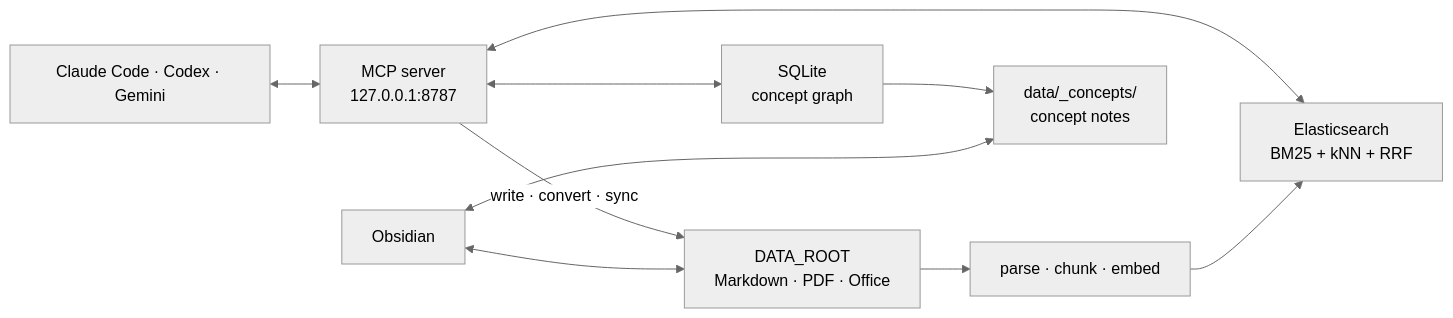
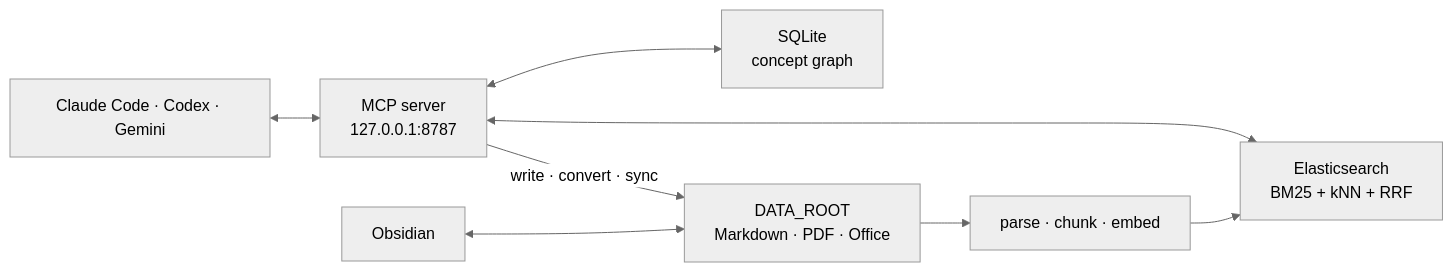
One commit to jjongkwann/personal-docs changed the diagram in README.md. Above: the diagram before and after it, drawn with Mermaid (neutral theme). The commit also changed other lines of this file and 22 other files, not shown here.

First line of the commit message:
refactor(graph)!: remove note projection

````diff
--- a/README.md
+++ b/README.md
@@ -43,11 +43,9 @@
 ```mermaid
 flowchart LR
     A["Claude Code · Codex · Gemini"] <--> M["MCP server<br/>127.0.0.1:8787"]
     M <--> E["Elasticsearch<br/>BM25 + kNN + RRF"]
     M <--> G["SQLite<br/>concept graph"]
     D["DATA_ROOT<br/>Markdown · PDF · Office"] --> I["parse · chunk · embed"] --> E
     M -->|write · convert · sync| D
-    G --> C["data/_concepts/<br/>concept notes"]
     O["Obsidian"] <--> D
-    O <--> C
 ```
````
